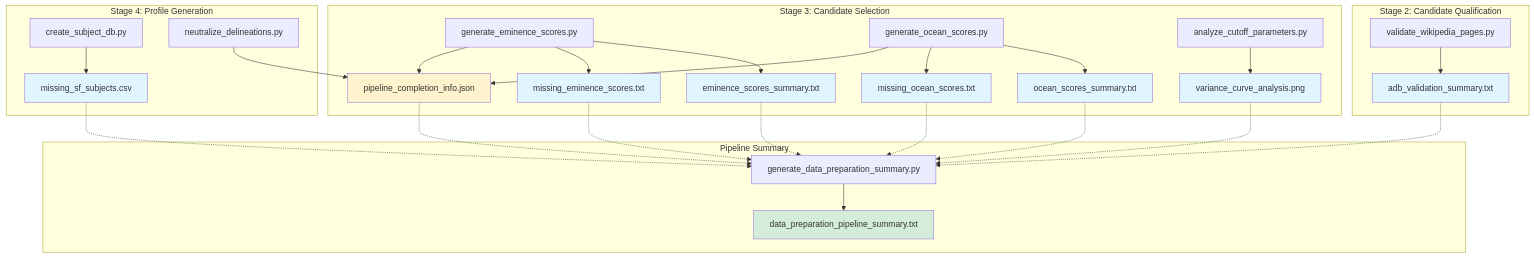
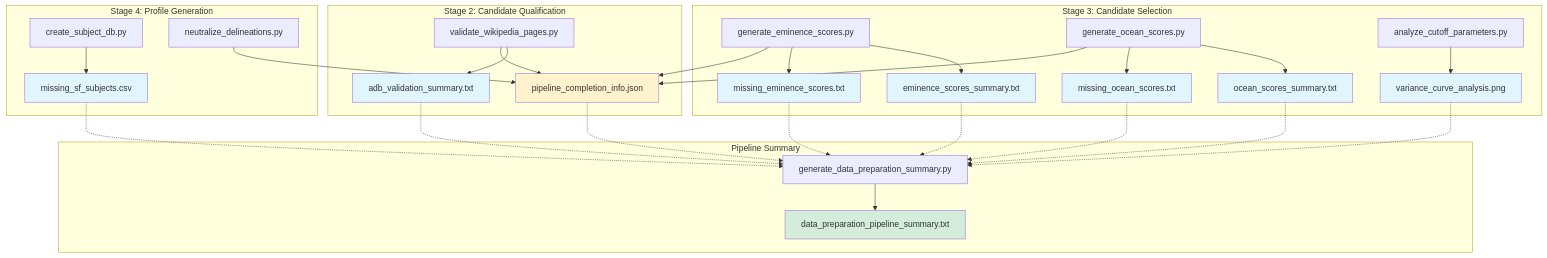
Before and after one commit to peterjmarko/llm-narrative-framework: the diagram in docs/diagrams/flow_data_prep_reports.mmd, drawn with Mermaid. The commit also changed 13 other files, not shown here.

```diff
--- a/docs/diagrams/flow_data_prep_reports.mmd
+++ b/docs/diagrams/flow_data_prep_reports.mmd
@@ -1,53 +1,54 @@
 flowchart TD
     subgraph Stage2["Stage 2: Candidate Qualification"]
         S2_Script1[validate_wikipedia_pages.py]
         S2_Script1 --> R1[adb_validation_summary.txt]
+        S2_Script1 --> R7[pipeline_completion_info.json]
     end
 
     subgraph Stage3["Stage 3: Candidate Selection"]
         S3_Script1[generate_eminence_scores.py]
         S3_Script2[generate_ocean_scores.py]
         S3_Script3[analyze_cutoff_parameters.py]
         
         S3_Script1 --> R2[eminence_scores_summary.txt]
         S3_Script1 --> R3[missing_eminence_scores.txt]
         S3_Script1 --> R7[pipeline_completion_info.json]
         
         S3_Script2 --> R4[ocean_scores_summary.txt]
         S3_Script2 --> R5[missing_ocean_scores.txt]
         S3_Script2 --> R7
         
         S3_Script3 --> R6[variance_curve_analysis.png]
     end
 
     subgraph Stage4["Stage 4: Profile Generation"]
         S4_Script1[create_subject_db.py]
         S4_Script2[neutralize_delineations.py]
         
         S4_Script1 --> R8[missing_sf_subjects.csv]
         S4_Script2 --> R7
     end
 
     subgraph Summary["Pipeline Summary"]
         S5_Script1[generate_data_preparation_summary.py]
         S5_Script1 --> R9[data_preparation_pipeline_summary.txt]
         
         R1 -.-> S5_Script1
         R2 -.-> S5_Script1
         R3 -.-> S5_Script1
         R4 -.-> S5_Script1
         R5 -.-> S5_Script1
         R6 -.-> S5_Script1
         R7 -.-> S5_Script1
         R8 -.-> S5_Script1
     end
 
     style R1 fill:#e1f5ff
     style R2 fill:#e1f5ff
     style R3 fill:#e1f5ff
     style R4 fill:#e1f5ff
     style R5 fill:#e1f5ff
     style R6 fill:#e1f5ff
     style R7 fill:#fff3cd
     style R8 fill:#e1f5ff
     style R9 fill:#d4edda
```
